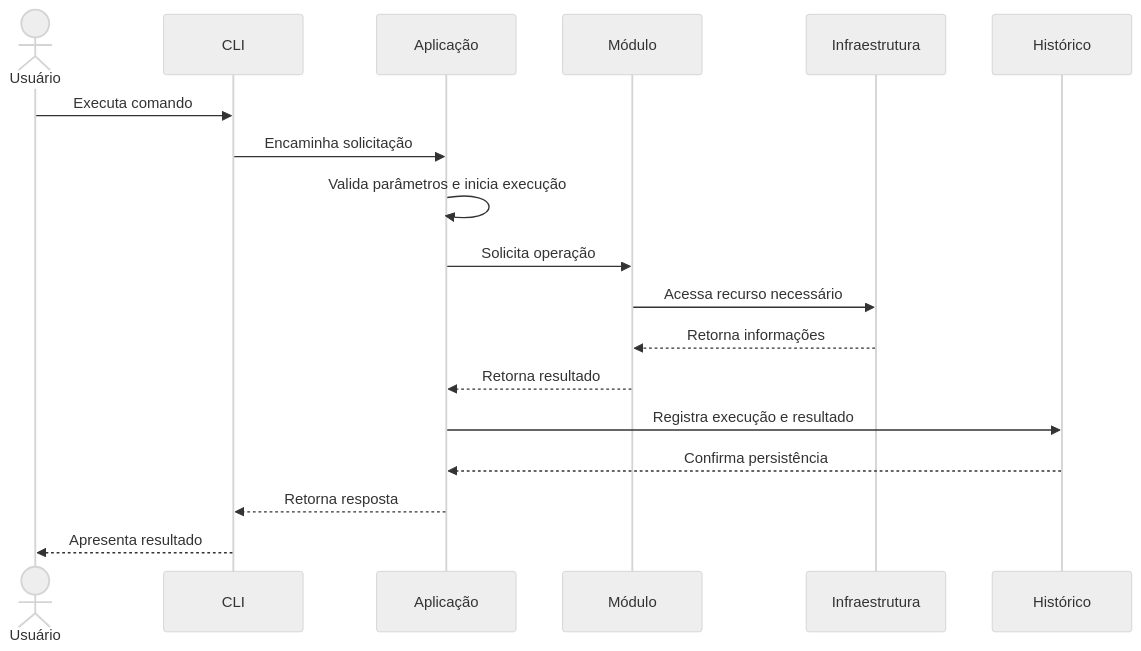
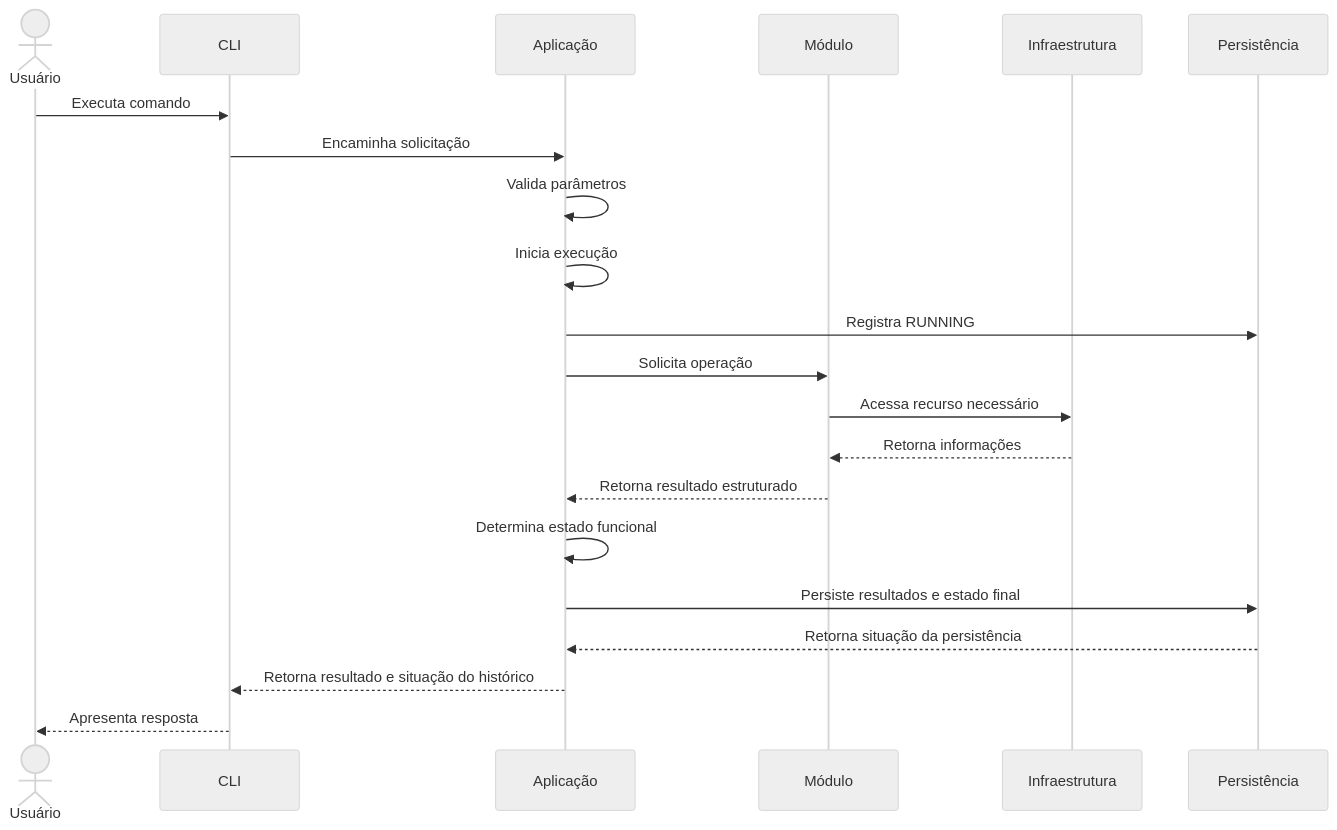
Before and after one commit to Leonardo-Campos-2007/Odyssey-AV: the second of 3 diagrams in docs/ARQUITETURA.md, drawn with Mermaid (neutral theme). The commit also changed other lines of this file and 9 other files, not shown here.

````diff
--- a/docs/ARQUITETURA.md
+++ b/docs/ARQUITETURA.md
@@ -391,21 +477,24 @@
 ```mermaid
 sequenceDiagram
     actor User as Usuário
     participant CLI as CLI
     participant App as Aplicação
     participant Module as Módulo
     participant Infra as Infraestrutura
-    participant History as Histórico
+    participant Repo as Persistência
 
     User->>CLI: Executa comando
     CLI->>App: Encaminha solicitação
-    App->>App: Valida parâmetros e inicia execução
+    App->>App: Valida parâmetros
+    App->>App: Inicia execução
+    App->>Repo: Registra RUNNING
     App->>Module: Solicita operação
     Module->>Infra: Acessa recurso necessário
     Infra-->>Module: Retorna informações
-    Module-->>App: Retorna resultado
-    App->>History: Registra execução e resultado
-    History-->>App: Confirma persistência
-    App-->>CLI: Retorna resposta
-    CLI-->>User: Apresenta resultado
+    Module-->>App: Retorna resultado estruturado
+    App->>App: Determina estado funcional
+    App->>Repo: Persiste resultados e estado final
+    Repo-->>App: Retorna situação da persistência
+    App-->>CLI: Retorna resultado e situação do histórico
+    CLI-->>User: Apresenta resposta
 ```
````
